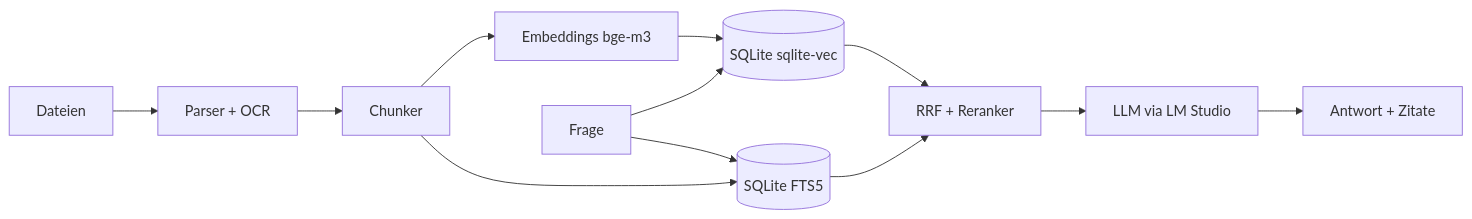
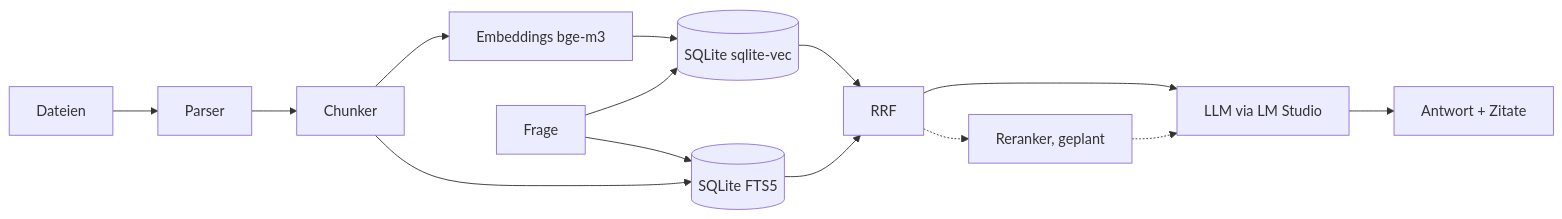
Before and after one commit to Dualshok3/localRAG: the diagram in README.md, drawn with Mermaid. The commit also changed other lines of this file, not shown here.

````diff
--- a/README.md
+++ b/README.md
@@ -147,7 +161,8 @@
 ```mermaid
 flowchart LR
-    F[Dateien] --> P[Parser + OCR] --> C[Chunker] --> E[Embeddings bge-m3]
+    F[Dateien] --> P[Parser] --> C[Chunker] --> E[Embeddings bge-m3]
     E --> V[(SQLite sqlite-vec)]
     C --> B[(SQLite FTS5)]
-    Q[Frage] --> V & B --> R[RRF + Reranker] --> L[LLM via LM Studio] --> A[Antwort + Zitate]
+    Q[Frage] --> V & B --> R[RRF] --> L[LLM via LM Studio] --> A[Antwort + Zitate]
+    R -.-> RR[Reranker, geplant] -.-> L
 ```
````
